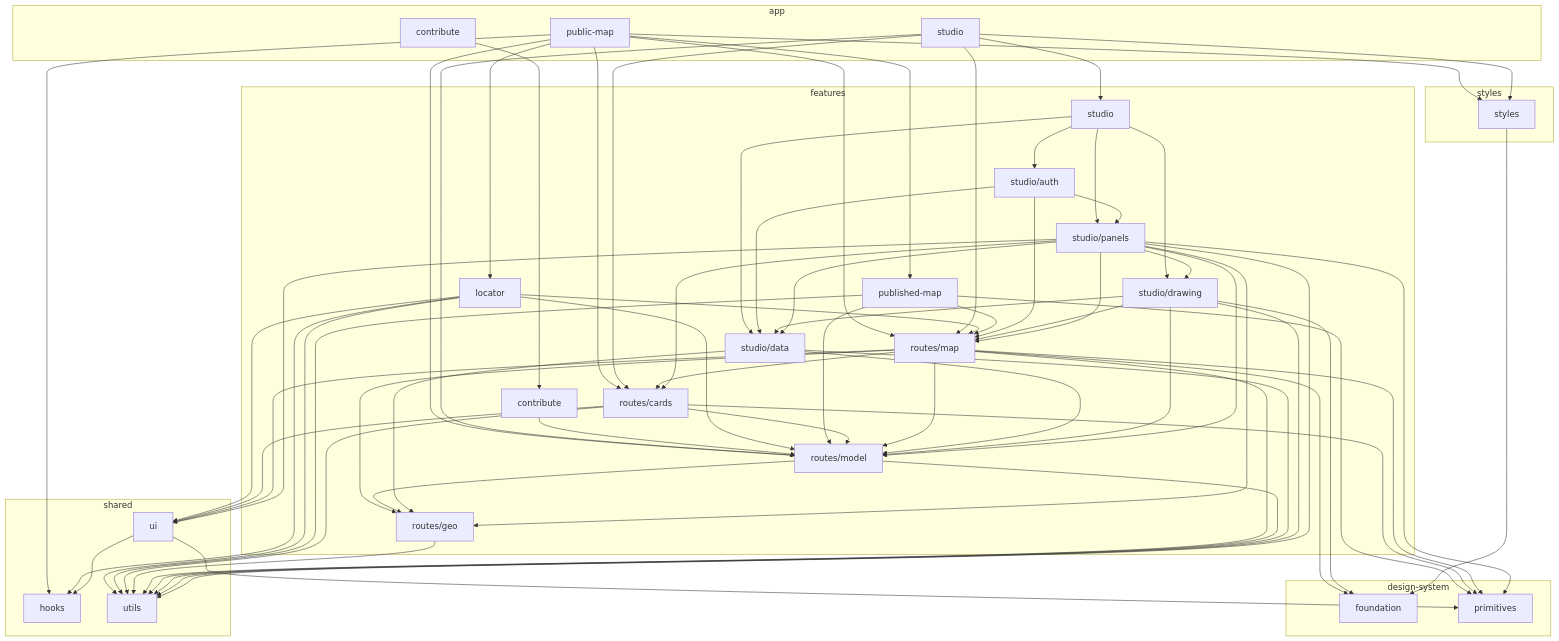
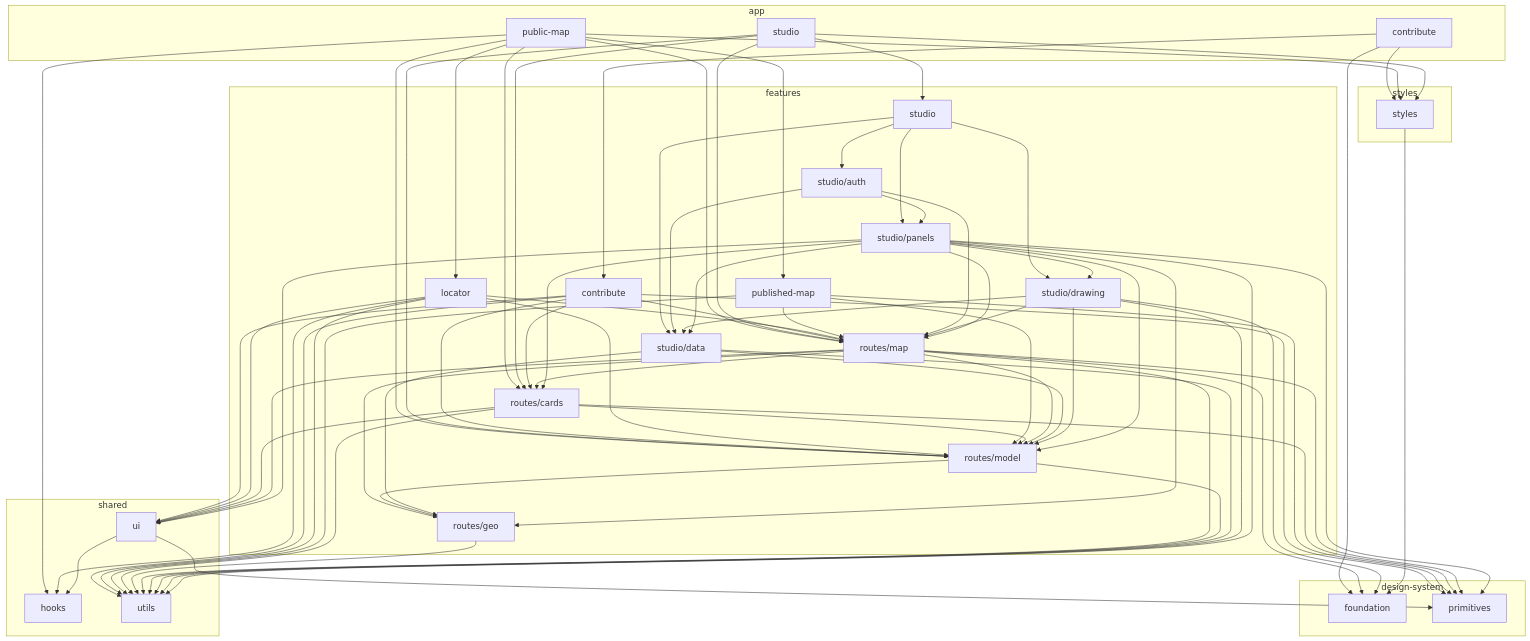
Before and after one commit to ParaOrg/Para: the diagram in docs/architecture.md, drawn with Mermaid. The commit also changed other lines of this file and 46 other files, not shown here.

First line of the commit message:
Contribute: the page's real screens on a map, from the owner's Figma

```diff
--- a/docs/architecture.md
+++ b/docs/architecture.md
@@ -49,7 +49,9 @@
   subgraph styles_layer["styles"]
     styles["styles"]
   end
+  app_contribute --> design_system_foundation
   app_contribute --> features_contribute
+  app_contribute --> styles
   app_public_map --> features_locator
   app_public_map --> features_published_map
   app_public_map --> features_routes_cards
@@ -62,7 +64,12 @@
   app_studio --> features_routes_model
   app_studio --> features_studio
   app_studio --> styles
+  features_contribute --> design_system_primitives
+  features_contribute --> features_routes_cards
+  features_contribute --> features_routes_map
   features_contribute --> features_routes_model
+  features_contribute --> shared_ui
+  features_contribute --> shared_utils
   features_locator --> features_routes_map
   features_locator --> features_routes_model
   features_locator --> shared_hooks
```
